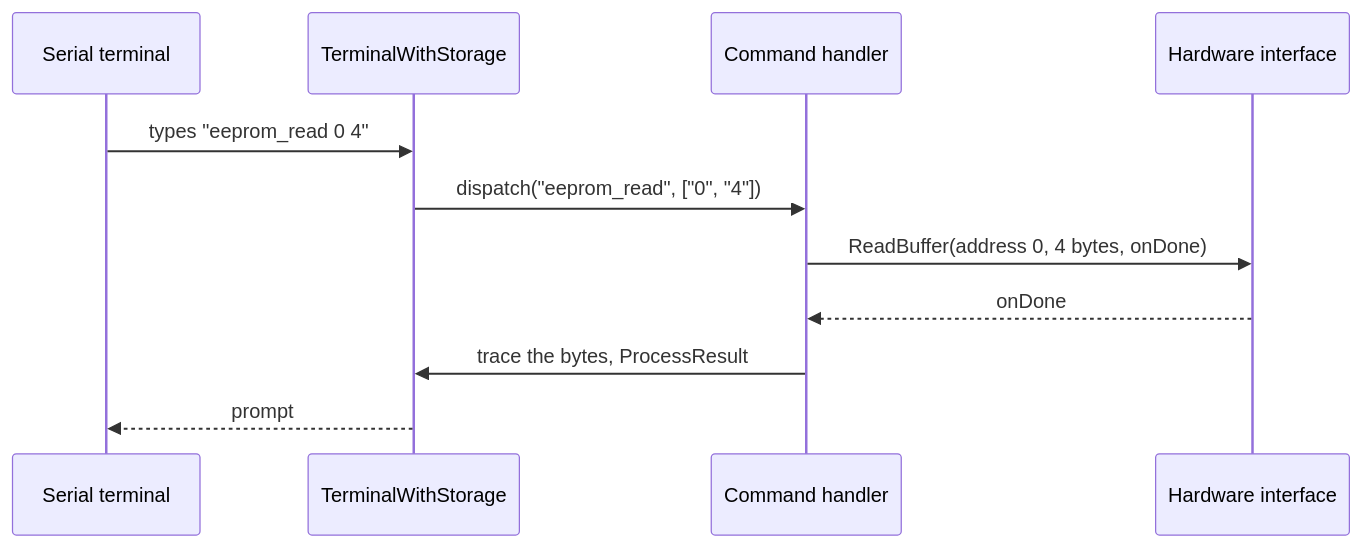
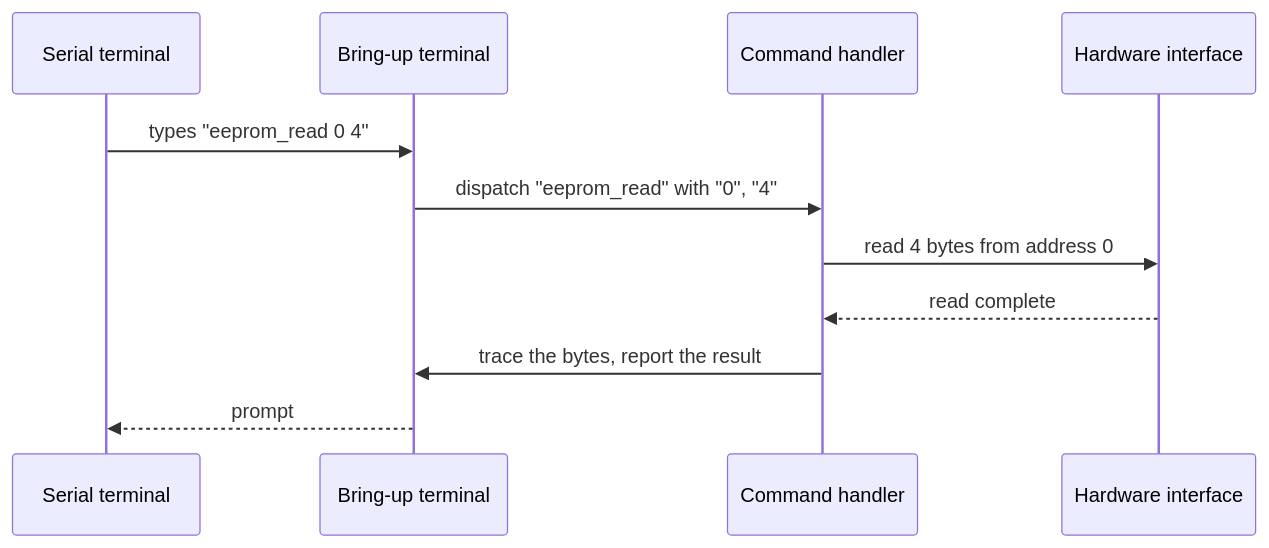
The diagram in documentation/design/service-cli.md (embedded-pro/e-foc), drawn with Mermaid before and after one commit. The commit also changed other lines of this file and 37 other files, not shown here.

````diff
--- a/documentation/design/service-cli.md
+++ b/documentation/design/service-cli.md
@@ -99,14 +97,14 @@
 ```mermaid
 sequenceDiagram
     participant User as Serial terminal
-    participant TWS as TerminalWithStorage
+    participant TWS as Bring-up terminal
     participant Handler as Command handler
     participant Hal as Hardware interface
 
     User->>TWS: types "eeprom_read 0 4"
-    TWS->>Handler: dispatch("eeprom_read", ["0", "4"])
-    Handler->>Hal: ReadBuffer(address 0, 4 bytes, onDone)
-    Hal-->>Handler: onDone
-    Handler->>TWS: trace the bytes, ProcessResult
+    TWS->>Handler: dispatch "eeprom_read" with "0", "4"
+    Handler->>Hal: read 4 bytes from address 0
+    Hal-->>Handler: read complete
+    Handler->>TWS: trace the bytes, report the result
     TWS-->>User: prompt
 ```
````
